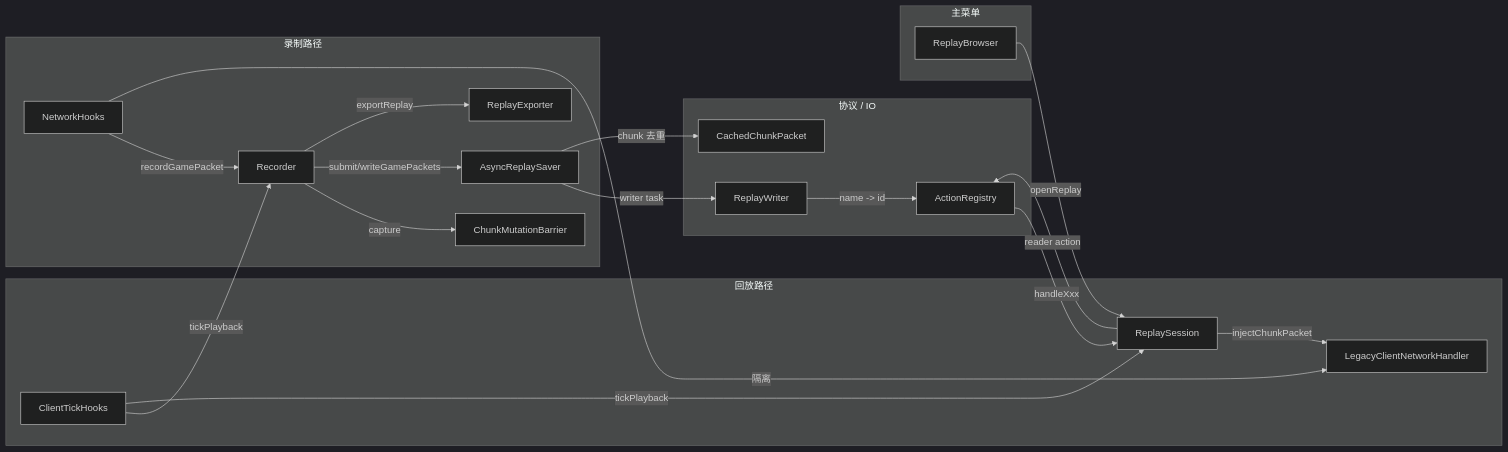
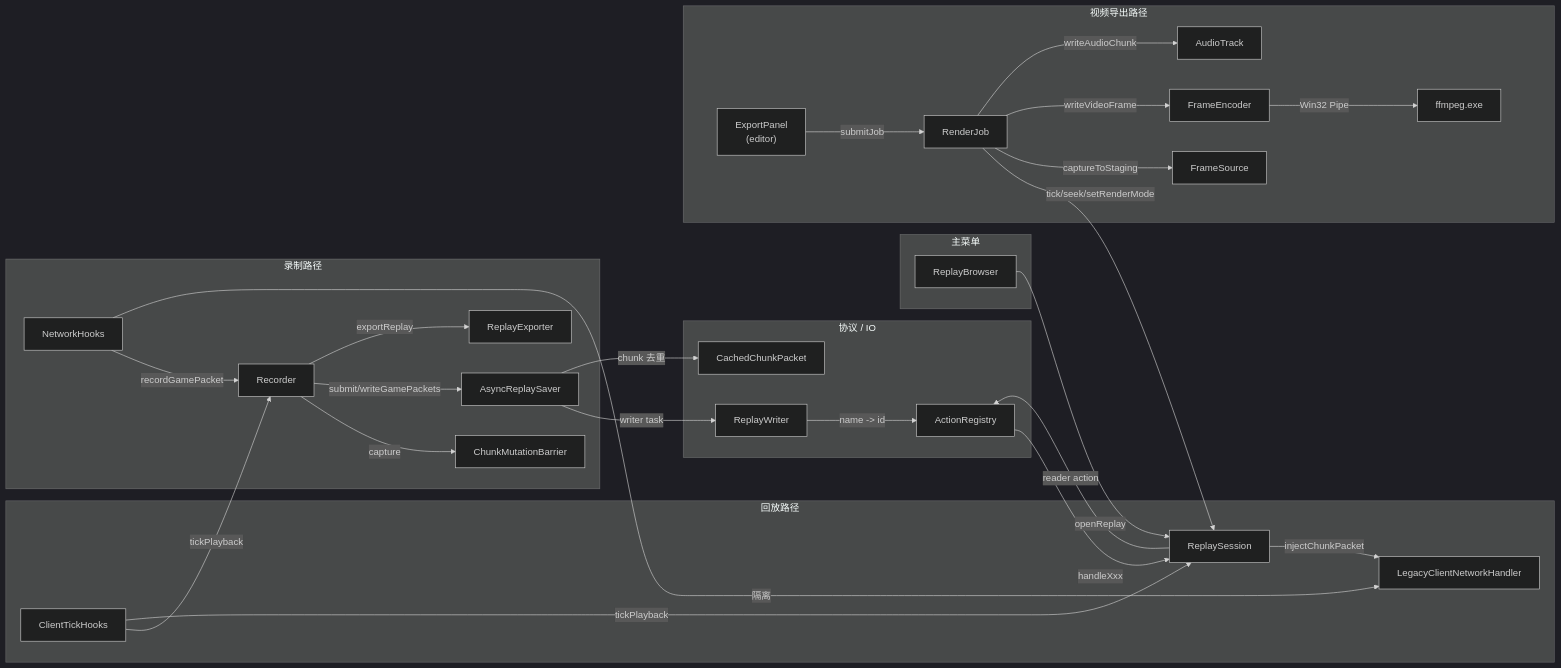
The diagram in docs/functions/index.md (Unny984/Playback), drawn with Mermaid (dark theme) before and after one commit. The commit also changed other lines of this file and 13 other files, not shown here.

First line of the commit message:
docs: add full video export feature documentation

````diff
--- a/docs/functions/index.md
+++ b/docs/functions/index.md
@@ -22,26 +22,34 @@
 ```mermaid
 flowchart LR
     subgraph Record["录制路径"]
         NH["NetworkHooks"] -->|recordGamePacket| REC
         REC["Recorder"] -->|capture| CMB["ChunkMutationBarrier"]
         REC -->|submit/writeGamePackets| ARS["AsyncReplaySaver"]
         REC -->|exportReplay| EXP["ReplayExporter"]
     end
     subgraph Protocol["协议 / IO"]
         REG["ActionRegistry"]
         ARS -->|writer task| RW["ReplayWriter"]
         RW -->|name -> id| REG
         ARS -->|chunk 去重| CCP["CachedChunkPacket"]
     end
     subgraph Replay["回放路径"]
         CT["ClientTickHooks"] -->|tickPlayback| REC
         CT -->|tickPlayback| RS["ReplaySession"]
         RS -->|reader action| REG
         REG -->|handleXxx| RS
         RS -->|injectChunkPacket| NET["LegacyClientNetworkHandler"]
         NH -->|隔离| NET
     end
     subgraph Browser["主菜单"]
         BROWSER["ReplayBrowser"] -->|openReplay| RS
     end
+    subgraph Render["视频导出路径"]
+        EP["ExportPanel<br/>(editor)"] -->|submitJob| RJ["RenderJob"]
+        RJ -->|tick/seek/setRenderMode| RS
+        RJ -->|captureToStaging| FS["FrameSource"]
+        RJ -->|writeVideoFrame| FE["FrameEncoder"]
+        RJ -->|writeAudioChunk| AT["AudioTrack"]
+        FE -->|Win32 Pipe| FF["ffmpeg.exe"]
+    end
 ```
````
